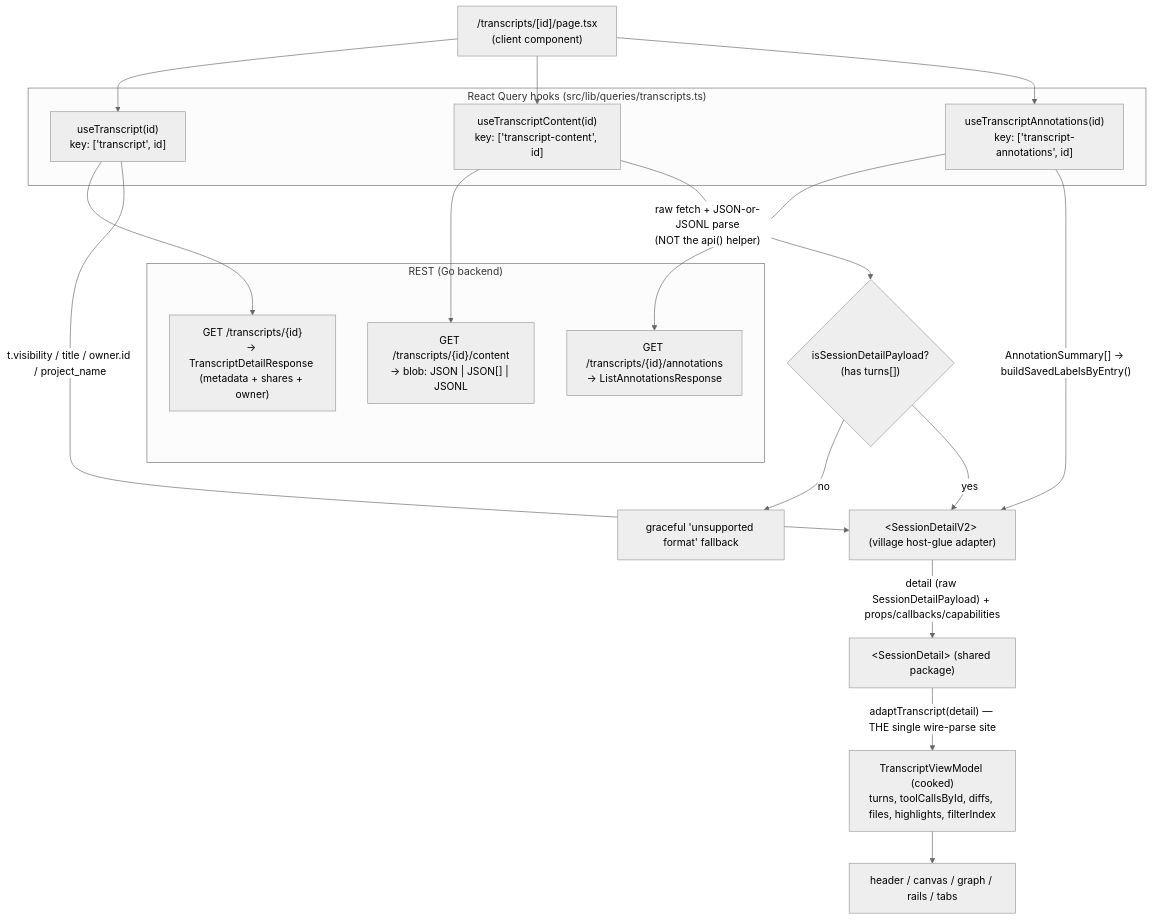
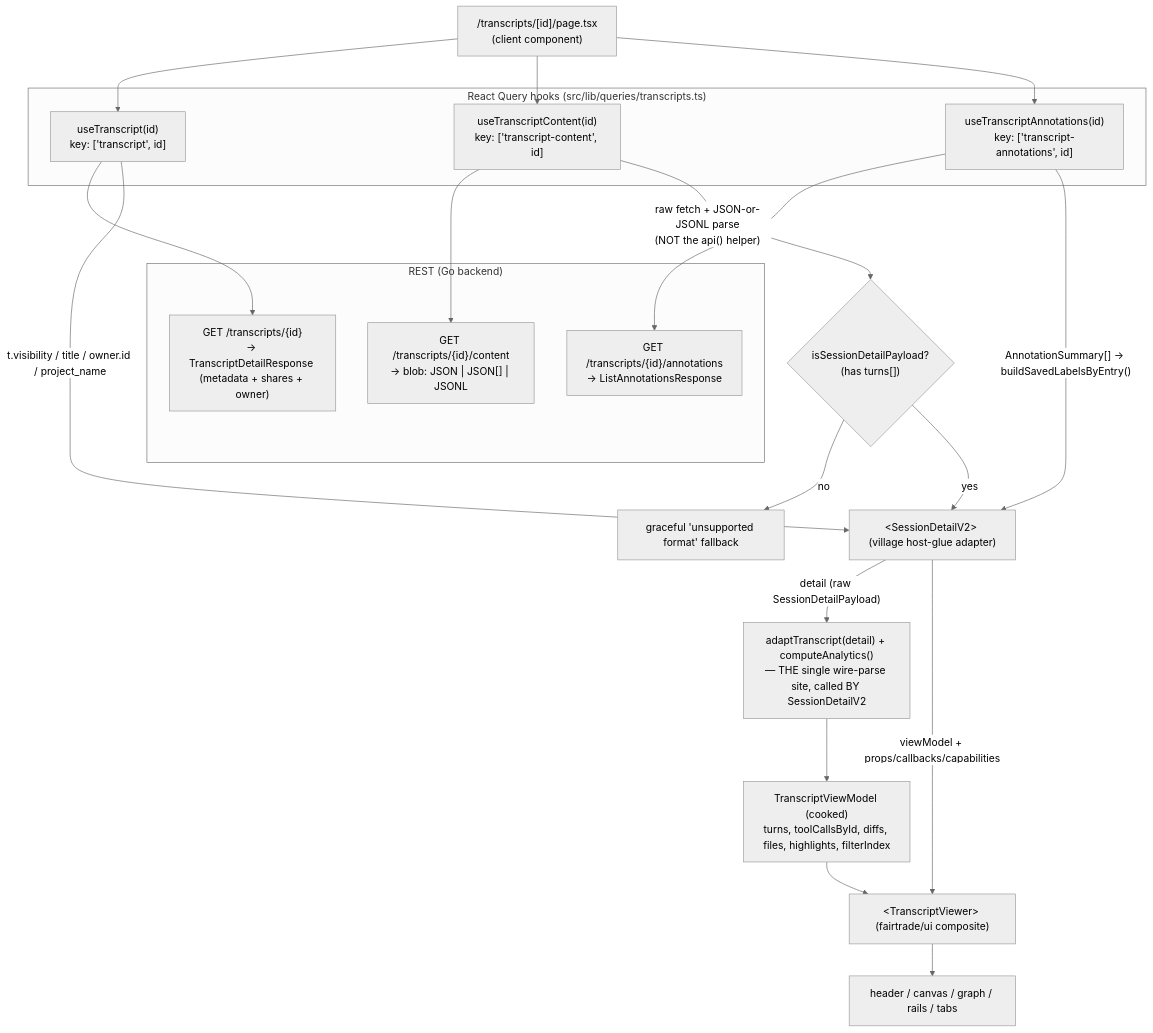
Before and after one commit to peasant-labs/village: the first of 3 diagrams in frontend/docs/data-binding.md, drawn with Mermaid (neutral theme). The commit also changed other lines of this file and 4 other files, not shown here.

First line of the commit message:
fix(frontend): correct data-binding docs and add a mounted graph test

````diff
--- a/frontend/docs/data-binding.md
+++ b/frontend/docs/data-binding.md
@@ -71,30 +71,32 @@
 ```mermaid
 flowchart TD
   route["/transcripts/[id]/page.tsx<br/>(client component)"]
 
   subgraph rq["React Query hooks (src/lib/queries/transcripts.ts)"]
     useT["useTranscript(id)<br/>key: ['transcript', id]"]
     useC["useTranscriptContent(id)<br/>key: ['transcript-content', id]"]
     useA["useTranscriptAnnotations(id)<br/>key: ['transcript-annotations', id]"]
   end
 
   subgraph rest["REST (Go backend)"]
     gT["GET /transcripts/{id}<br/>→ TranscriptDetailResponse (metadata + shares + owner)"]
     gC["GET /transcripts/{id}/content<br/>→ blob: JSON | JSON[] | JSONL"]
     gA["GET /transcripts/{id}/annotations<br/>→ ListAnnotationsResponse"]
   end
 
   route --> useT --> gT
   route --> useC --> gC
   route --> useA --> gA
 
   useC -- "raw fetch + JSON-or-JSONL parse<br/>(NOT the api() helper)" --> narrow{"isSessionDetailPayload?<br/>(has turns[])"}
   narrow -- no --> fb["graceful 'unsupported format' fallback"]
   narrow -- yes --> sdv["&lt;SessionDetailV2&gt; (village host-glue adapter)"]
   useT -- "t.visibility / title / owner.id / project_name" --> sdv
   useA -- "AnnotationSummary[] → buildSavedLabelsByEntry()" --> sdv
 
-  sdv -- "detail (raw SessionDetailPayload) + props/callbacks/capabilities" --> sd["&lt;SessionDetail&gt; (shared package)"]
-  sd -- "adaptTranscript(detail) — THE single wire-parse site" --> vm["TranscriptViewModel (cooked)<br/>turns, toolCallsById, diffs, files, highlights, filterIndex"]
-  vm --> render["header / canvas / graph / rails / tabs"]
+  sdv -- "detail (raw SessionDetailPayload)" --> adapt["adaptTranscript(detail) + computeAnalytics()<br/>— THE single wire-parse site, called BY SessionDetailV2"]
+  adapt --> vm["TranscriptViewModel (cooked)<br/>turns, toolCallsById, diffs, files, highlights, filterIndex"]
+  sdv -- "viewModel + props/callbacks/capabilities" --> tv["&lt;TranscriptViewer&gt; (fairtrade/ui composite)"]
+  vm --> tv
+  tv --> render["header / canvas / graph / rails / tabs"]
 ```
````
